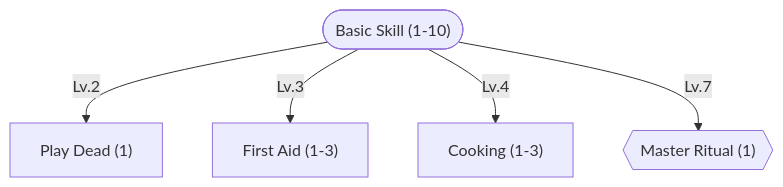
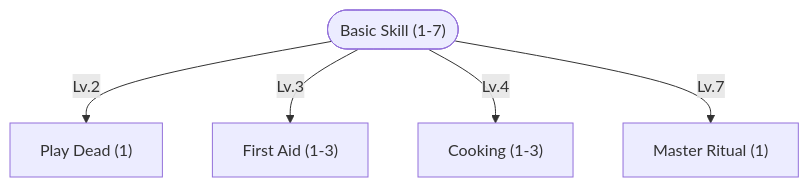
The first of 14 diagrams in content/docs/mechanics/master.md (tfelix/bestia-docs), drawn with Mermaid before and after one commit. The commit also changed other lines of this file and 1 other file, not shown here.

Commit message:
Improves skill lists

````diff
--- a/content/docs/mechanics/master.md
+++ b/content/docs/mechanics/master.md
@@ -68,13 +68,13 @@
 ```mermaid
 graph TD
-    BasicSkill(["Basic Skill (1-10)"])
+    BasicSkill(["Basic Skill (1-7)"])
     PlayDead["Play Dead (1)"]
     FirstAid["First Aid (1-3)"]
+    MasterRitual["Master Ritual (1)"]
     Cooking["Cooking (1-3)"]
-    MasterRitual{{"Master Ritual (1)"}}
 
     BasicSkill -->|Lv.2| PlayDead
     BasicSkill -->|Lv.3| FirstAid
     BasicSkill -->|Lv.4| Cooking
     BasicSkill -->|Lv.7| MasterRitual
 ```
````
